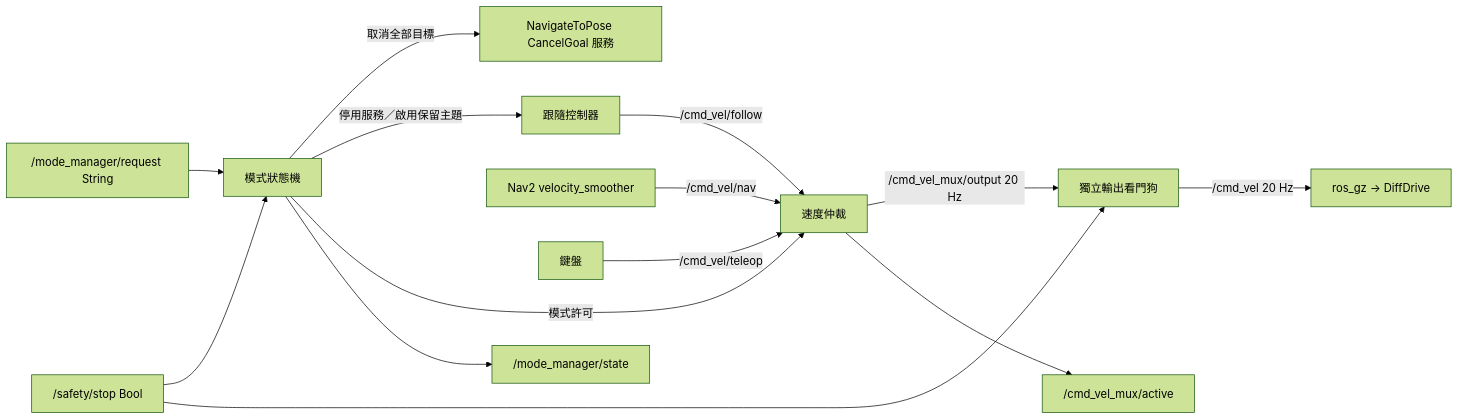
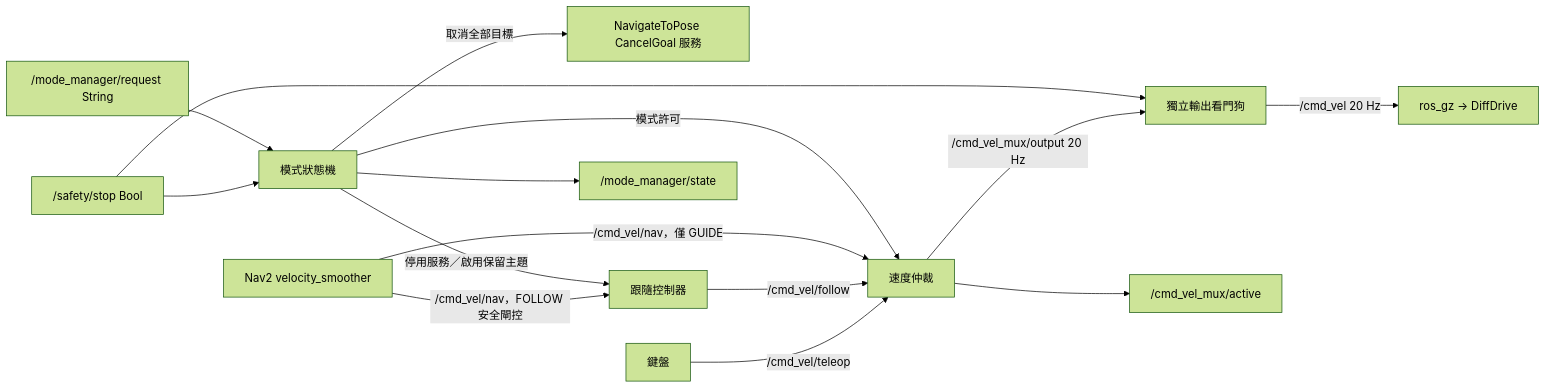
Before and after one commit to 2006wu/Almighty-shopping-car: the third of 3 diagrams in docs/ARCHITECTURE.md, drawn with Mermaid (forest theme). The commit also changed other lines of this file and 15 other files, not shown here.

Commit message:
Follow: no OBSTACLE_STOP deadlock (rotation-clear Nav2 escape), preemptive goal updates, mode hysteresis, person 0.35 m/s (Codex t32)

````diff
--- a/docs/ARCHITECTURE.md
+++ b/docs/ARCHITECTURE.md
@@ -145,16 +148,17 @@
 ```mermaid
 flowchart LR
     request["/mode_manager/request String"] --> manager[模式狀態機]
     stop["/safety/stop Bool"] --> manager
     stop --> watchdog[獨立輸出看門狗]
     manager -->|取消全部目標| cancel["NavigateToPose CancelGoal 服務"]
     manager -->|停用服務／啟用保留主題| follow[跟隨控制器]
     manager -->|模式許可| mux[速度仲裁]
-    nav[Nav2 velocity_smoother] -->|/cmd_vel/nav| mux
+    nav[Nav2 velocity_smoother] -->|/cmd_vel/nav，僅 GUIDE| mux
+    nav -->|/cmd_vel/nav，FOLLOW 安全閘控| follow
     follow -->|/cmd_vel/follow| mux
     keyboard[鍵盤] -->|/cmd_vel/teleop| mux
     mux -->|/cmd_vel_mux/output 20 Hz| watchdog
     watchdog -->|/cmd_vel 20 Hz| bridge[ros_gz → DiffDrive]
     manager --> state["/mode_manager/state"]
     mux --> active["/cmd_vel_mux/active"]
 ```
````
